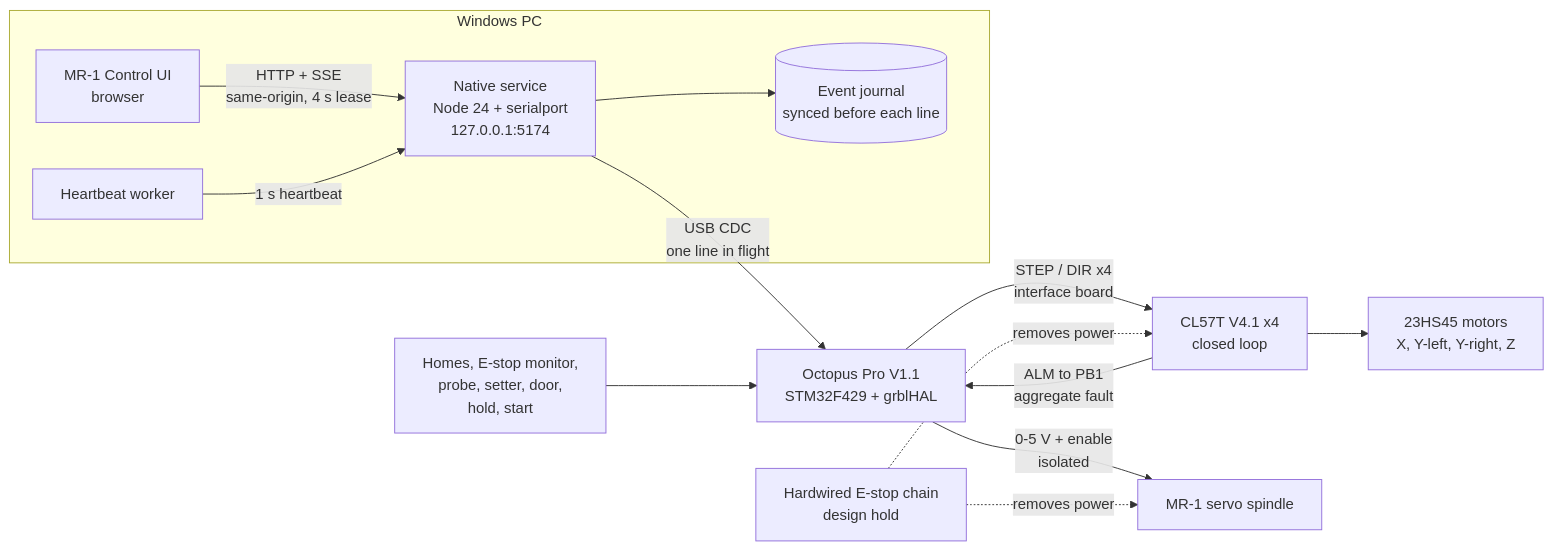
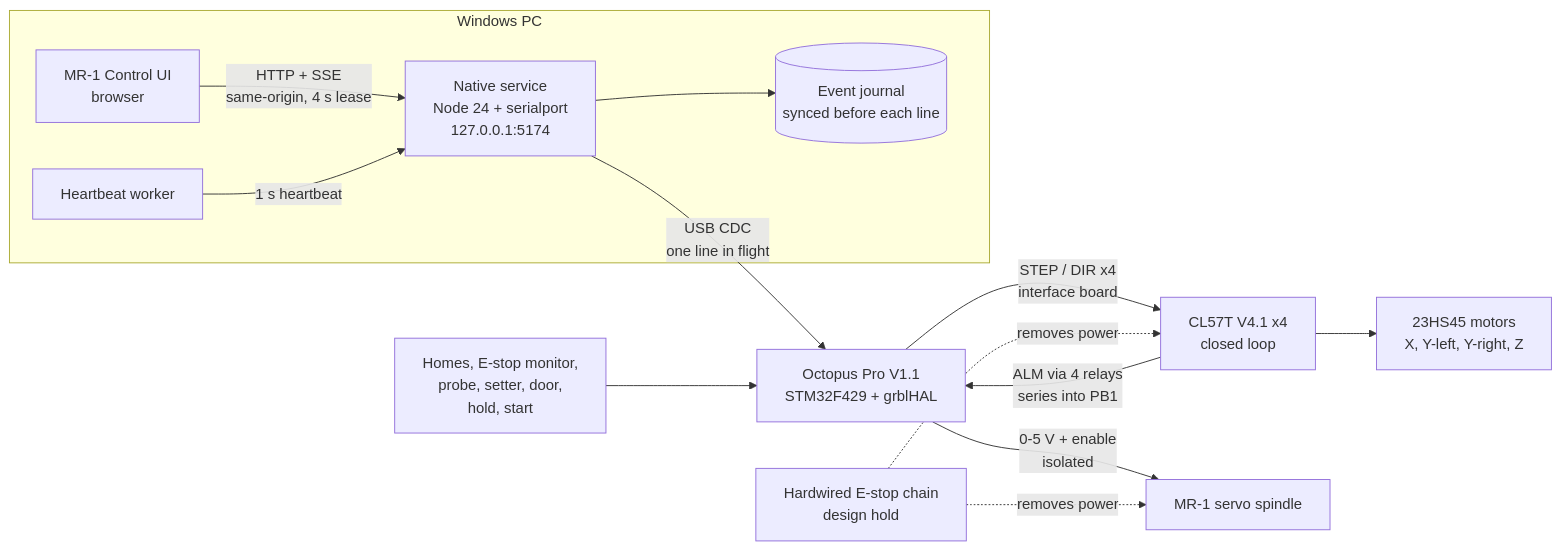
One commit to DeadlySIn777/FluidNC-OCTOPUS-PRO-GRBLHAL changed the diagram in README.md. Above: the diagram before and after it, drawn with Mermaid. The commit also changed other lines of this file and 29 other files, not shown here.

````diff
--- a/README.md
+++ b/README.md
@@ -88,20 +88,20 @@
 ```mermaid
 flowchart LR
   subgraph PC["Windows PC"]
     UI["MR-1 Control UI<br/>browser"]
     HB["Heartbeat worker"]
     SVC["Native service<br/>Node 24 + serialport<br/>127.0.0.1:5174"]
     J[("Event journal<br/>synced before each line")]
   end
   UI -- "HTTP + SSE<br/>same-origin, 4 s lease" --> SVC
   HB -- "1 s heartbeat" --> SVC
   SVC --> J
   SVC -- "USB CDC<br/>one line in flight" --> OCT["Octopus Pro V1.1<br/>STM32F429 + grblHAL"]
   OCT -- "STEP / DIR x4<br/>interface board" --> DRV["CL57T V4.1 x4<br/>closed loop"]
   DRV --> MOT["23HS45 motors<br/>X, Y-left, Y-right, Z"]
-  DRV -- "ALM to PB1<br/>aggregate fault" --> OCT
+  DRV -- "ALM via 4 relays<br/>series into PB1" --> OCT
   OCT -- "0-5 V + enable<br/>isolated" --> SP["MR-1 servo spindle"]
   IN["Homes, E-stop monitor,<br/>probe, setter, door,<br/>hold, start"] --> OCT
   ES["Hardwired E-stop chain<br/>design hold"] -.->|removes power| DRV
   ES -.->|removes power| SP
 ```
````
